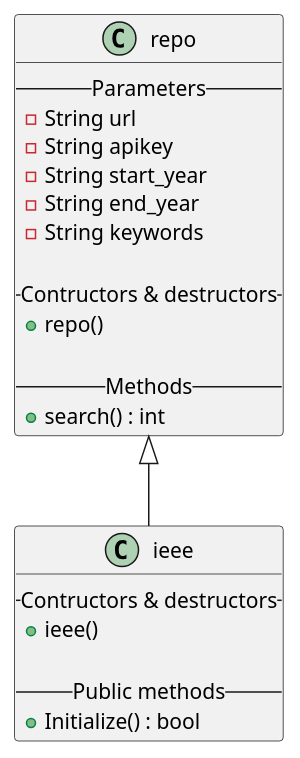
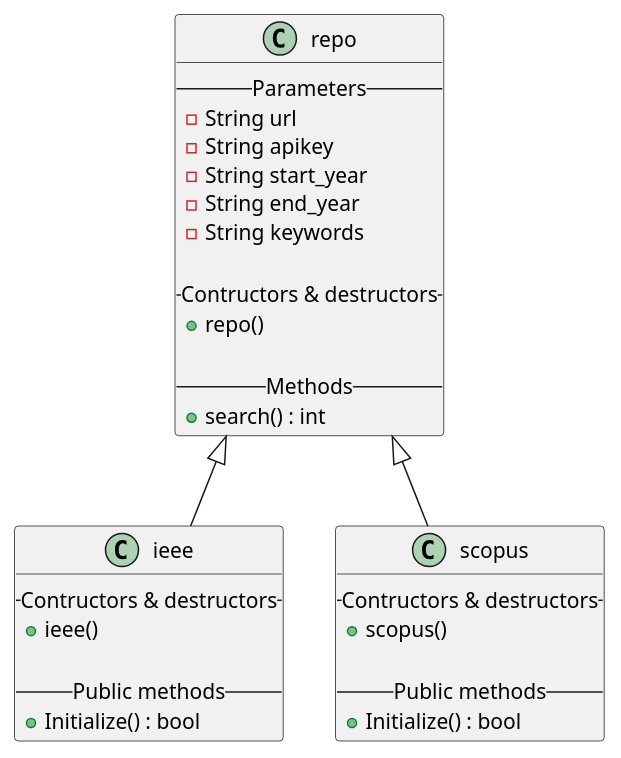
Before and after one commit to JCMiguel/repository-reviewer: the diagram in docs/classes.wsd, drawn with PlantUML. The commit also changed 4 other files, not shown here.

```diff
--- a/docs/classes.wsd
+++ b/docs/classes.wsd
@@ -1,28 +1,37 @@
 @startuml
 
 repo <|-- ieee
+repo <|-- scopus
 
 class repo {
     -- Parameters --
     - String url
     - String apikey
     - String start_year
     - String end_year
     - String keywords
 
     -- Contructors & destructors --
     + repo()
 
     -- Methods --
     + search() : int
 }
 
 class ieee {
     -- Contructors & destructors --
     + ieee()
 
     -- Public methods --
     + Initialize() : bool
 }
 
+class scopus {
+    -- Contructors & destructors --
+    + scopus()
+
+    -- Public methods --
+    + Initialize() : bool
+}
+
 @enduml
```
